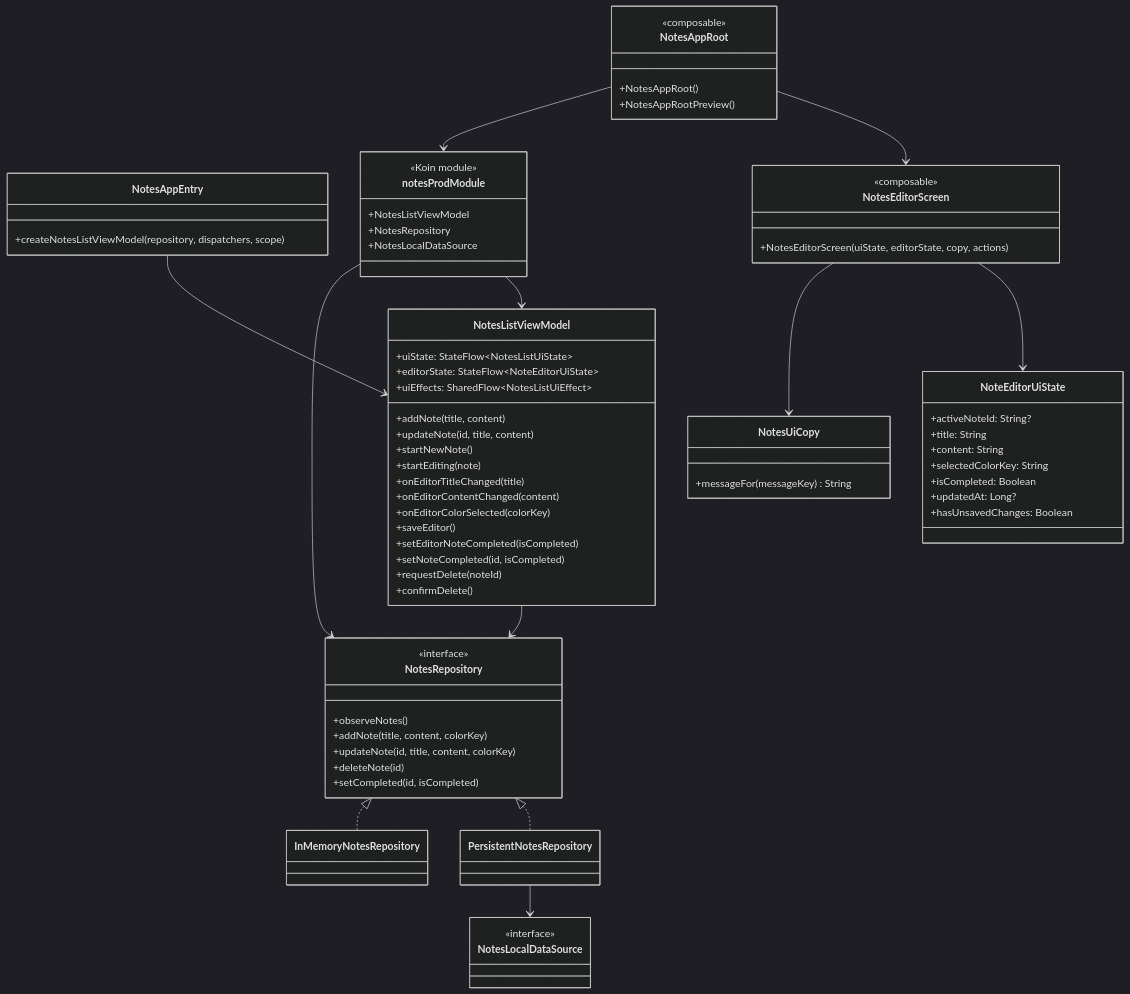
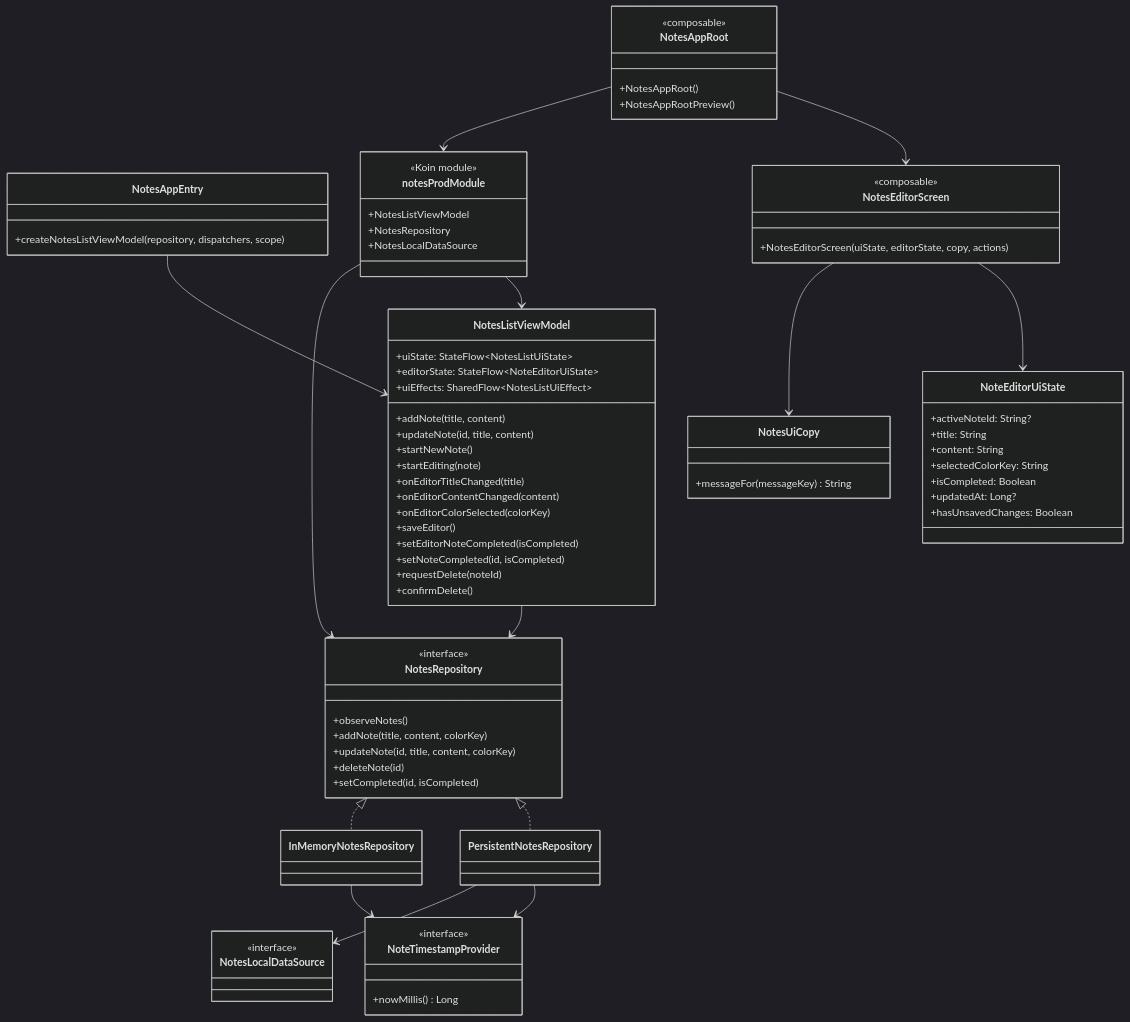
Before and after one commit to TheSetox/note: the second of 4 diagrams in feature/notes/ARCHITECTURE.md, drawn with Mermaid (dark theme). The commit also changed other lines of this file and 12 other files, not shown here.

````diff
--- a/feature/notes/ARCHITECTURE.md
+++ b/feature/notes/ARCHITECTURE.md
@@ -58,6 +58,11 @@
     +setCompleted(id, isCompleted)
   }
 
+  class NoteTimestampProvider {
+    <<interface>>
+    +nowMillis() Long
+  }
+
   class NotesEditorScreen {
     <<composable>>
     +NotesEditorScreen(uiState, editorState, copy, actions)
@@ -96,5 +101,7 @@
   NotesListViewModel --> NotesRepository
   NotesRepository <|.. PersistentNotesRepository
   NotesRepository <|.. InMemoryNotesRepository
+  PersistentNotesRepository --> NoteTimestampProvider
+  InMemoryNotesRepository --> NoteTimestampProvider
   PersistentNotesRepository --> NotesLocalDataSource
 ```
````
